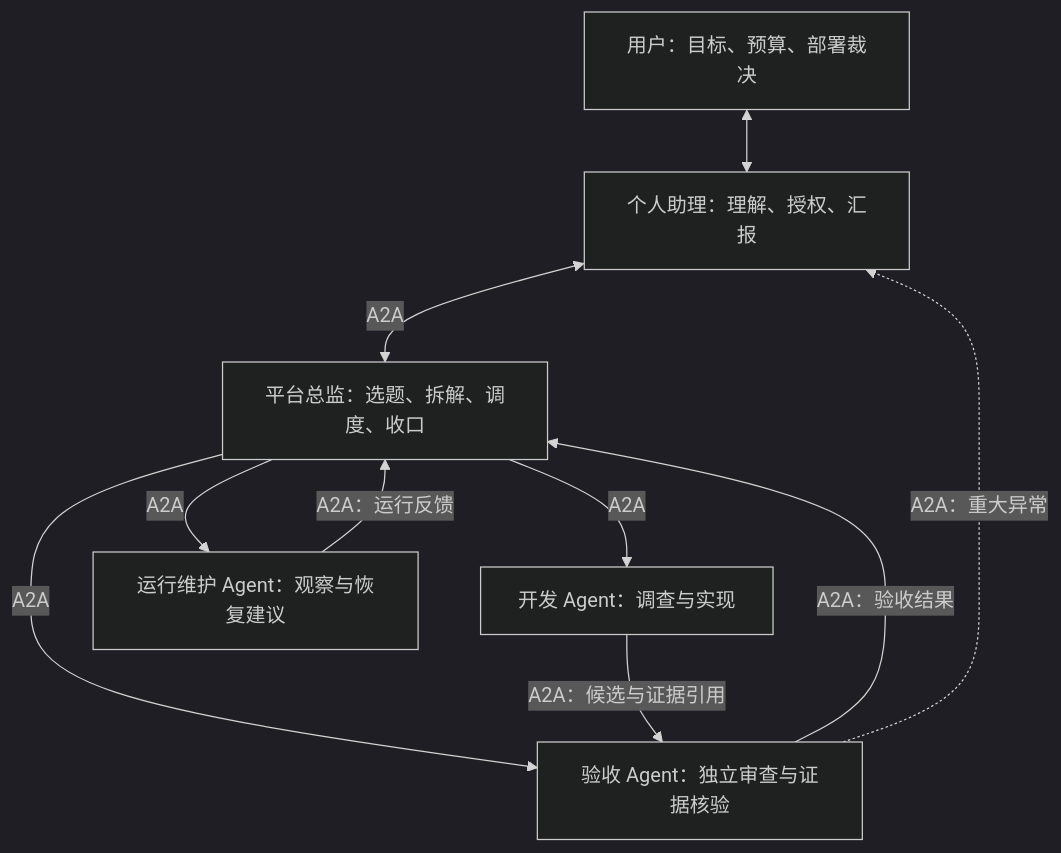
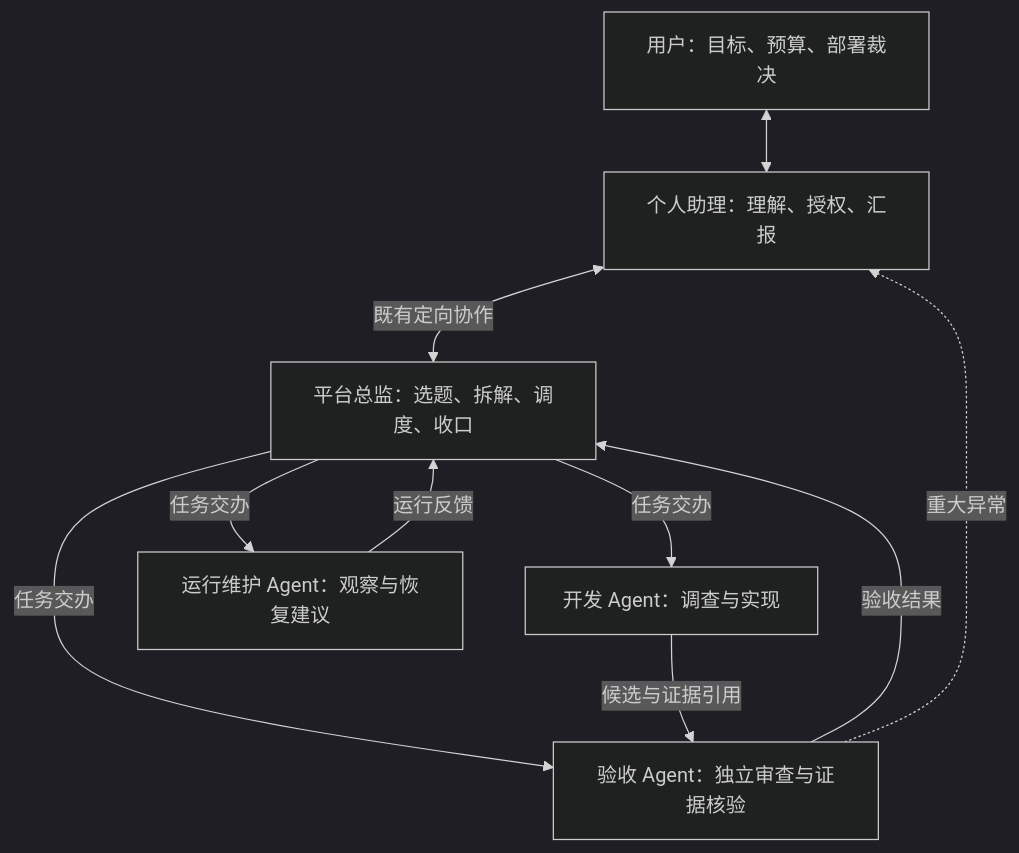
The diagram in docs/plans/2026-10-18-platform-a2a-evolution-harness.md (CCDawn/Vibelution), drawn with Mermaid (dark theme) before and after one commit. The commit also changed other lines of this file and 1 other file, not shown here.

Commit message:
docs: reuse existing agent communication in evolution harness plan

````diff
--- a/docs/plans/2026-10-18-platform-a2a-evolution-harness.md
+++ b/docs/plans/2026-10-18-platform-a2a-evolution-harness.md
@@ -19,12 +20,12 @@
 ```mermaid
 flowchart TD
     U[用户：目标、预算、部署裁决] <--> A[个人助理：理解、授权、汇报]
-    A <-->|A2A| D[平台总监：选题、拆解、调度、收口]
-    D -->|A2A| E[开发 Agent：调查与实现]
-    D -->|A2A| Q[验收 Agent：独立审查与证据核验]
-    D -->|A2A| O[运行维护 Agent：观察与恢复建议]
-    E -->|A2A：候选与证据引用| Q
-    Q -->|A2A：验收结果| D
-    O -->|A2A：运行反馈| D
-    Q -.->|A2A：重大异常| A
+    A <-->|既有定向协作| D[平台总监：选题、拆解、调度、收口]
+    D -->|任务交办| E[开发 Agent：调查与实现]
+    D -->|任务交办| Q[验收 Agent：独立审查与证据核验]
+    D -->|任务交办| O[运行维护 Agent：观察与恢复建议]
+    E -->|候选与证据引用| Q
+    Q -->|验收结果| D
+    O -->|运行反馈| D
+    Q -.->|重大异常| A
 ```
````
